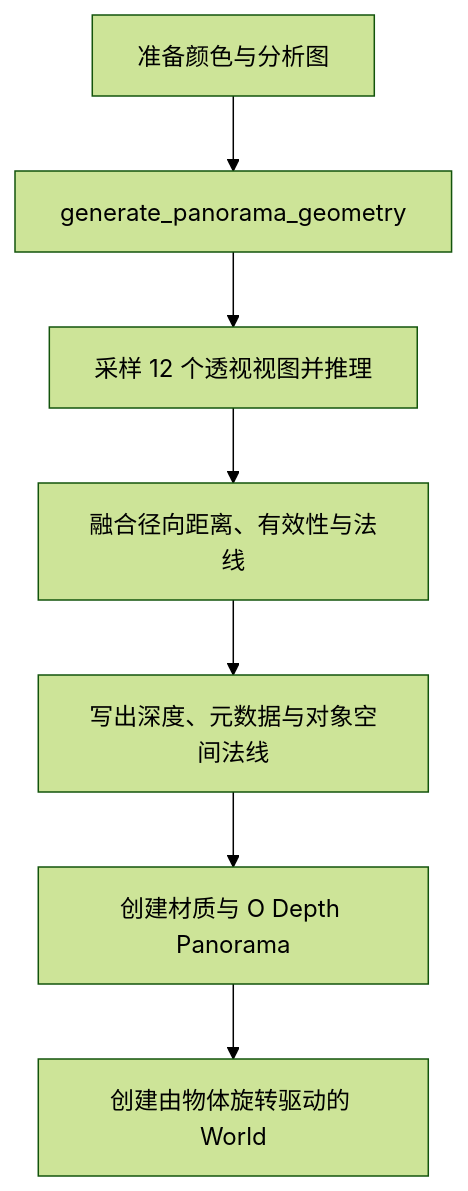
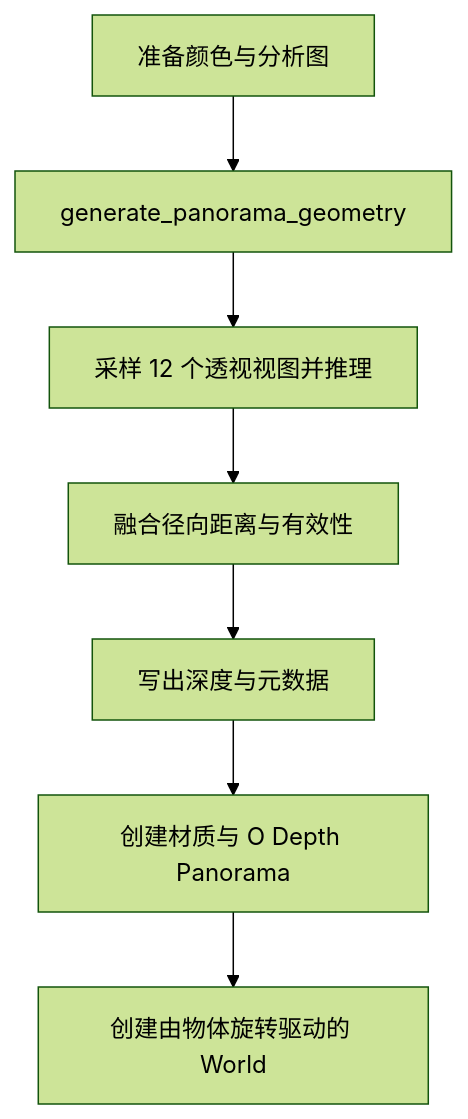
Before and after one commit to OmooLab/AnyImage: the diagram in docs/develop/operators/convert-to-panorama.md, drawn with Mermaid (forest theme). The commit also changed other lines of this file and 10 other files, not shown here.

````diff
--- a/docs/develop/operators/convert-to-panorama.md
+++ b/docs/develop/operators/convert-to-panorama.md
@@ -5,9 +5,9 @@
 ```mermaid
 flowchart TD
     A[准备颜色与分析图] --> B[generate_panorama_geometry]
     B --> C[采样 12 个透视视图并推理]
-    C --> D[融合径向距离、有效性与法线]
-    D --> E[写出深度、元数据与对象空间法线]
+    C --> D[融合径向距离与有效性]
+    D --> E[写出深度与元数据]
     E --> F[创建材质与 O Depth Panorama]
     F --> G[创建由物体旋转驱动的 World]
 ```
````
